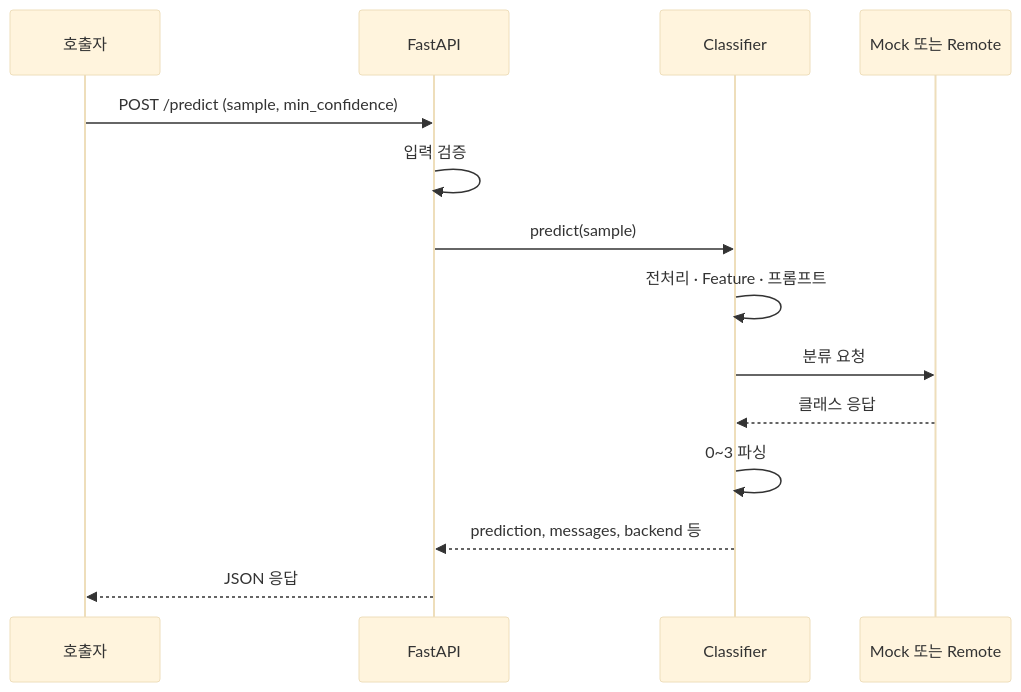
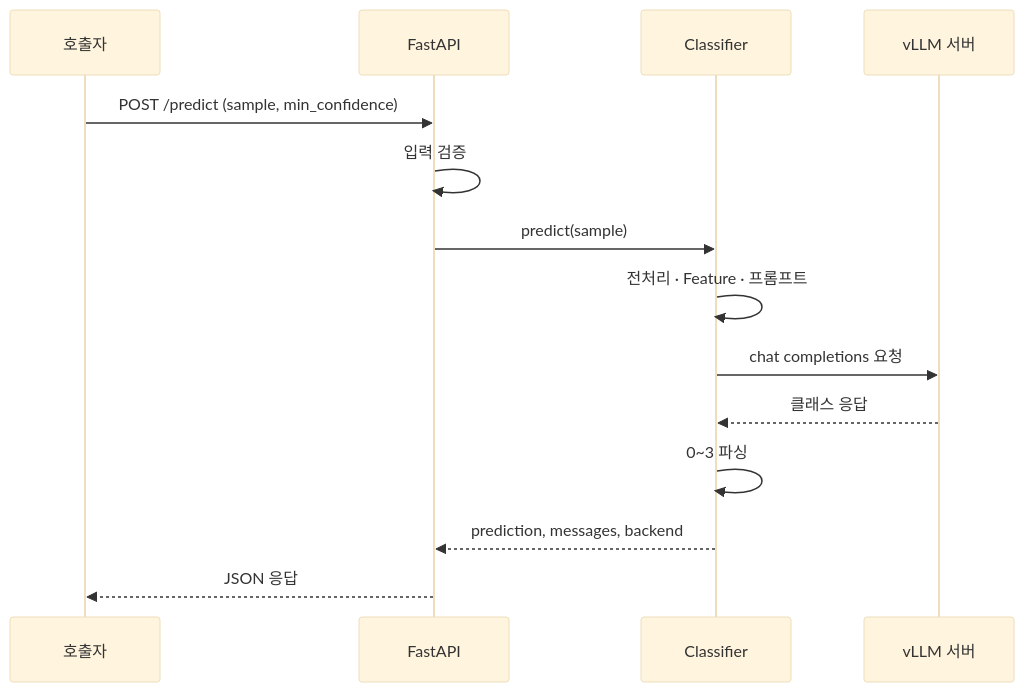
Before and after one commit to ggh-png/pose2actionLLM: the third of 3 diagrams in docs/pipeline.md, drawn with Mermaid (base theme). The commit also changed other lines of this file and 22 other files, not shown here.

````diff
--- a/docs/pipeline.md
+++ b/docs/pipeline.md
@@ -51,16 +100,16 @@
 ```mermaid
 sequenceDiagram
     participant U as 호출자
     participant A as FastAPI
     participant C as Classifier
-    participant B as Mock 또는 Remote
+    participant V as vLLM 서버
     U->>A: POST /predict (sample, min_confidence)
     A->>A: 입력 검증
     A->>C: predict(sample)
     C->>C: 전처리 · Feature · 프롬프트
-    C->>B: 분류 요청
-    B-->>C: 클래스 응답
+    C->>V: chat completions 요청
+    V-->>C: 클래스 응답
     C->>C: 0~3 파싱
-    C-->>A: prediction, messages, backend 등
+    C-->>A: prediction, messages, backend
     A-->>U: JSON 응답
 ```
````
